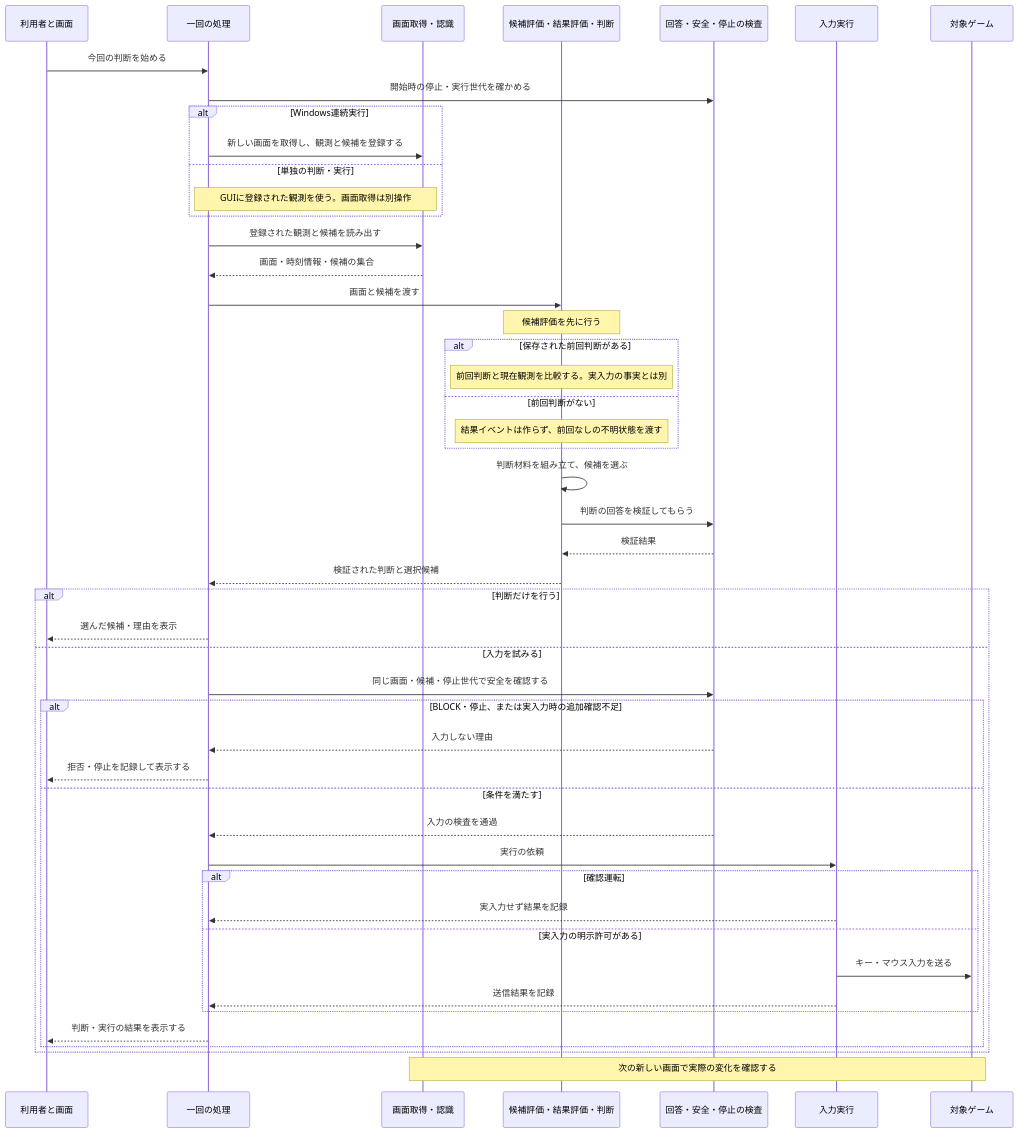
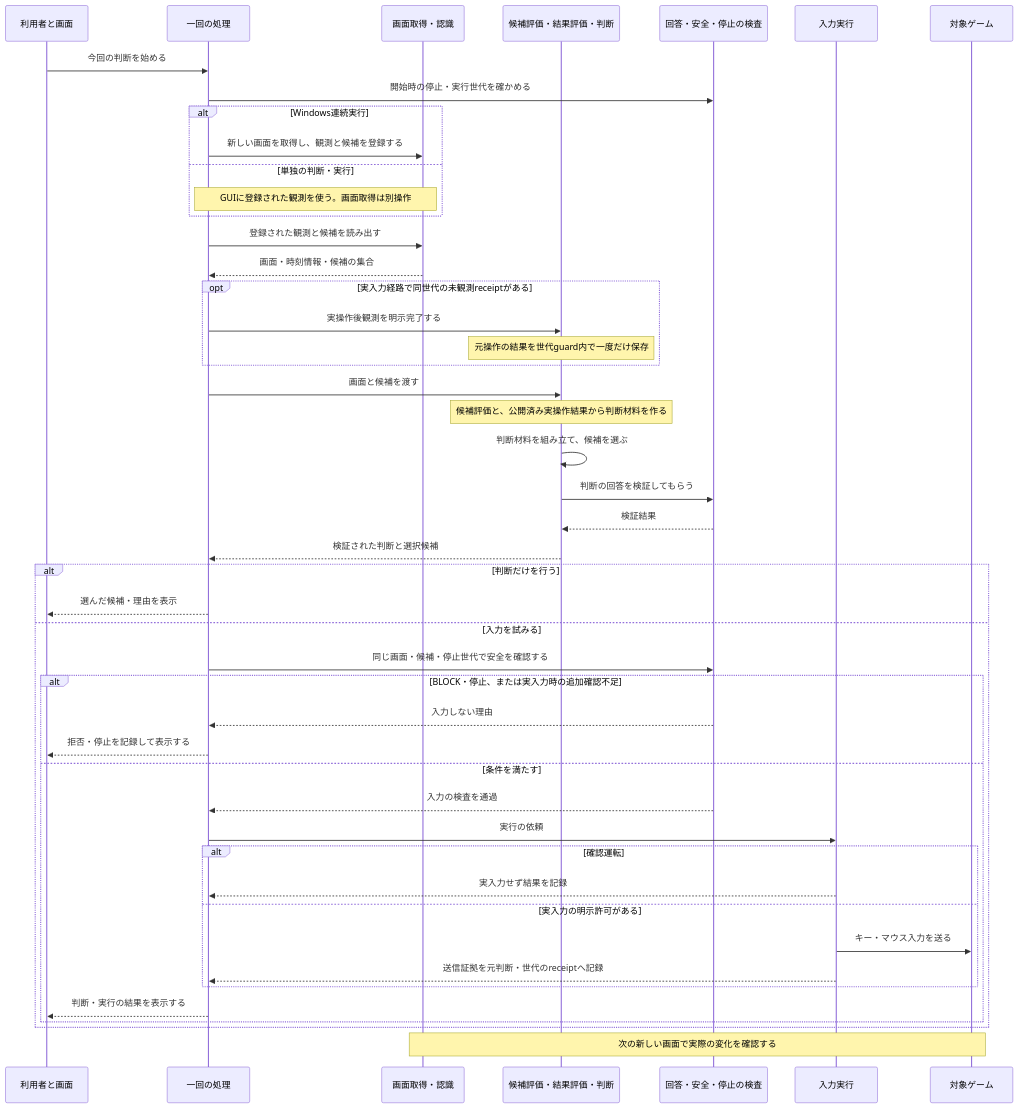
The first of 2 diagrams in doc/architecture/flow_for_readers.md (tomiya7688/AI_game_player), drawn with Mermaid before and after one commit. The commit also changed other lines of this file and 10 other files, not shown here.

````diff
--- a/doc/architecture/flow_for_readers.md
+++ b/doc/architecture/flow_for_readers.md
@@ -9,51 +9,50 @@
 ```mermaid
 sequenceDiagram
     participant U as 利用者と画面
     participant P as 一回の処理
     participant O as 画面取得・認識
     participant E as 候補評価・結果評価・判断
     participant S as 回答・安全・停止の検査
     participant X as 入力実行
     participant G as 対象ゲーム
 
     U->>P: 今回の判断を始める
     P->>S: 開始時の停止・実行世代を確かめる
     alt Windows連続実行
         P->>O: 新しい画面を取得し、観測と候補を登録する
     else 単独の判断・実行
         Note over P,O: GUIに登録された観測を使う。画面取得は別操作
     end
     P->>O: 登録された観測と候補を読み出す
     O-->>P: 画面・時刻情報・候補の集合
+    opt 実入力経路で同世代の未観測receiptがある
+        P->>E: 実操作後観測を明示完了する
+        Note over E: 元操作の結果を世代guard内で一度だけ保存
+    end
     P->>E: 画面と候補を渡す
-    Note over E: 候補評価を先に行う
-    alt 保存された前回判断がある
-        Note over E: 前回判断と現在観測を比較する。実入力の事実とは別
-    else 前回判断がない
-        Note over E: 結果イベントは作らず、前回なしの不明状態を渡す
-    end
+    Note over E: 候補評価と、公開済み実操作結果から判断材料を作る
     E->>E: 判断材料を組み立て、候補を選ぶ
     E->>S: 判断の回答を検証してもらう
     S-->>E: 検証結果
     E-->>P: 検証された判断と選択候補
     alt 判断だけを行う
         P-->>U: 選んだ候補・理由を表示
     else 入力を試みる
         P->>S: 同じ画面・候補・停止世代で安全を確認する
         alt BLOCK・停止、または実入力時の追加確認不足
             S-->>P: 入力しない理由
             P-->>U: 拒否・停止を記録して表示する
         else 条件を満たす
             S-->>P: 入力の検査を通過
             P->>X: 実行の依頼
             alt 確認運転
                 X-->>P: 実入力せず結果を記録
             else 実入力の明示許可がある
                 X->>G: キー・マウス入力を送る
-                X-->>P: 送信結果を記録
+                X-->>P: 送信証拠を元判断・世代のreceiptへ記録
             end
             P-->>U: 判断・実行の結果を表示する
         end
     end
     Note over O,G: 次の新しい画面で実際の変化を確認する
 ```
````
